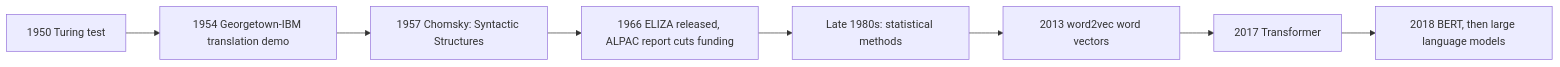
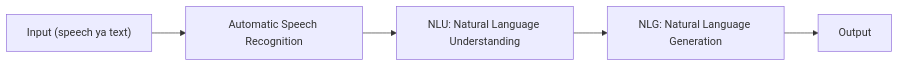
The first of 3 diagrams in content/natural-language-processing/notes/nlp-introduction.hi.mdx (TrendySloth1001/sem-seven-notes), drawn with Mermaid before and after one commit. The commit also changed other lines of this file and 406 other files, not shown here.

````diff
--- a/content/natural-language-processing/notes/nlp-introduction.hi.mdx
+++ b/content/natural-language-processing/notes/nlp-introduction.hi.mdx
@@ -69,11 +43,8 @@
 ```mermaid
-%% caption: NLP ki chhoti timeline. Left se right padho: hand-written rules se, data se seekhi statistics tak, phir word meaning seekhne wale neural networks, phir Transformers aur large language models.
+%% caption: Class mein draw kiya gaya generic NLP system. Speech text ban jaati hai, machine use samajhti hai (NLU), phir human language mein reply banati hai (NLG).
 flowchart LR
-  A["1950 Turing test"] --> B["1954 Georgetown-IBM translation demo"]
-  B --> C["1957 Chomsky: Syntactic Structures"]
-  C --> D["1966 ELIZA released, ALPAC report cuts funding"]
-  D --> E["Late 1980s: statistical methods"]
-  E --> F["2013 word2vec word vectors"]
-  F --> G["2017 Transformer"]
-  G --> H["2018 BERT, then large language models"]
+  A["Input (speech ya text)"] --> B["Automatic Speech Recognition"]
+  B --> C["NLU: Natural Language Understanding"]
+  C --> D["NLG: Natural Language Generation"]
+  D --> E["Output"]
 ```
````
